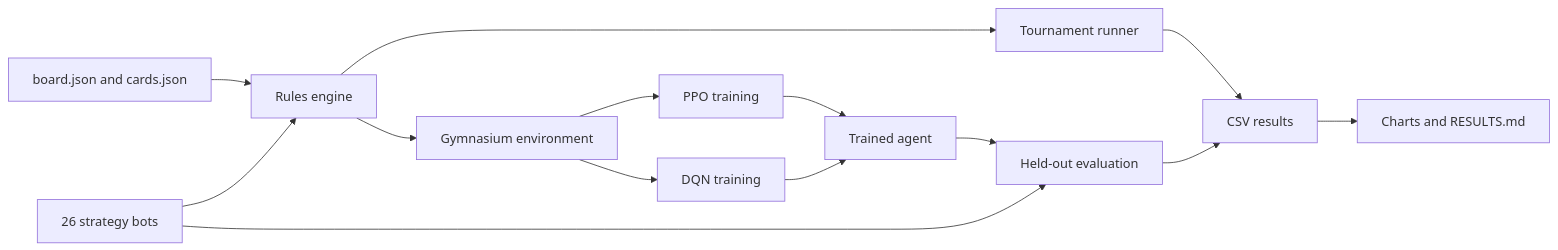
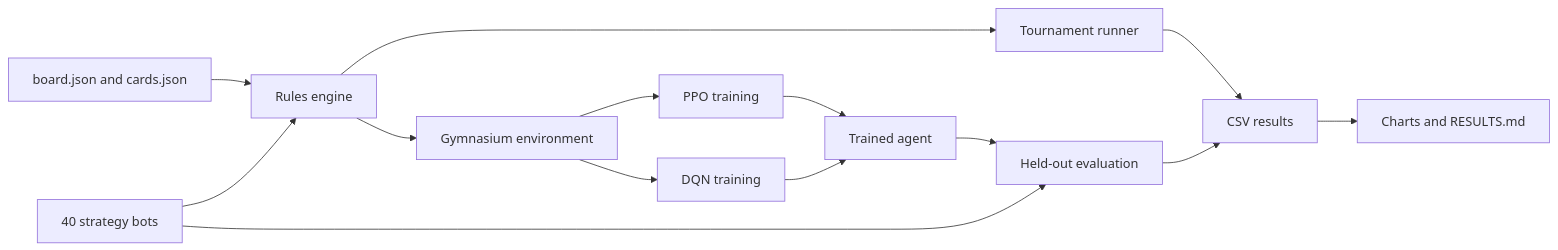
Before and after one commit to DhemanthN/saltmarket_Monopoly_bot: the diagram in README.md, drawn with Mermaid. The commit also changed other lines of this file and 6 other files, not shown here.

First line of the commit message:
docs: report v2 results, release CHANGELOG 2.0.0, and mark the roadmap done

````diff
--- a/README.md
+++ b/README.md
@@ -59,16 +68,16 @@
 ```mermaid
 flowchart LR
     data[board.json and cards.json] --> engine[Rules engine]
-    bots[26 strategy bots] --> engine
+    bots[40 strategy bots] --> engine
     engine --> sim[Tournament runner]
     engine --> env[Gymnasium environment]
     env --> ppo[PPO training]
     ppo --> model[Trained agent]
     env --> dqn[DQN training]
     dqn --> model
     model --> eval[Held-out evaluation]
     bots --> eval
     sim --> results[CSV results]
     eval --> results
     results --> charts[Charts and RESULTS.md]
 ```
````
